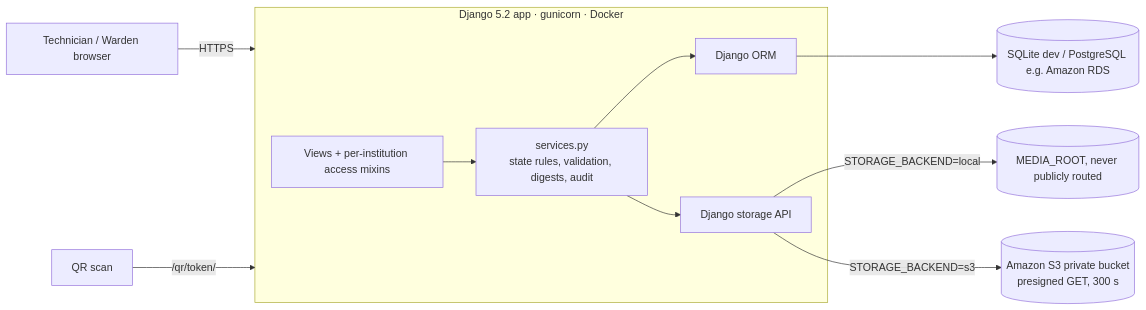
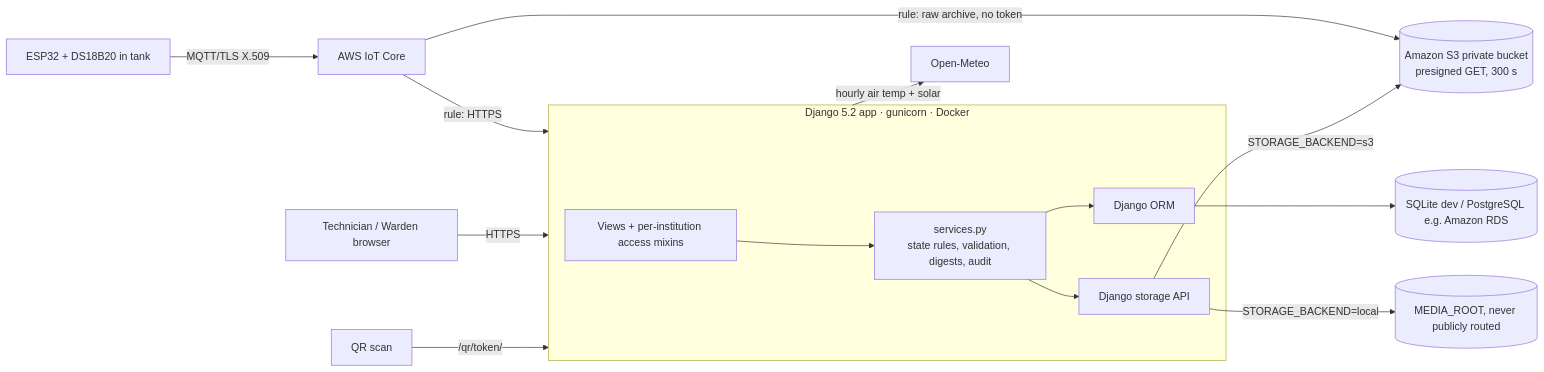
The third of 4 diagrams in README.md (Aaditya1273/dhara), drawn with Mermaid before and after one commit. The commit also changed other lines of this file, not shown here.

Commit message:
Docs: thermal twin method and validation, AWS IoT architecture, revised demo and limitations

````diff
--- a/README.md
+++ b/README.md
@@ -140,13 +176,17 @@
 ```mermaid
 flowchart LR
+    Probe[ESP32 + DS18B20 in tank] -->|MQTT/TLS X.509| IoT[AWS IoT Core]
+    IoT -->|rule: raw archive, no token| S3
+    IoT -->|rule: HTTPS| App
+    App -->|hourly air temp + solar| OM[Open-Meteo]
     Phone[Technician / Warden browser] -->|HTTPS| App
     Visitor[QR scan] -->|/qr/token/| App
     subgraph App[Django 5.2 app · gunicorn · Docker]
       Views[Views + per-institution access mixins] --> Services[services.py<br/>state rules, validation, digests, audit]
       Services --> ORM[Django ORM]
       Services --> Storage[Django storage API]
     end
     ORM --> DB[(SQLite dev / PostgreSQL e.g. Amazon RDS)]
     Storage -->|STORAGE_BACKEND=local| Disk[(MEDIA_ROOT, never publicly routed)]
     Storage -->|STORAGE_BACKEND=s3| S3[(Amazon S3 private bucket<br/>presigned GET, 300 s)]
 ```
````
